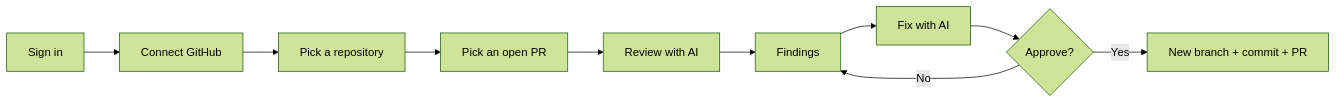
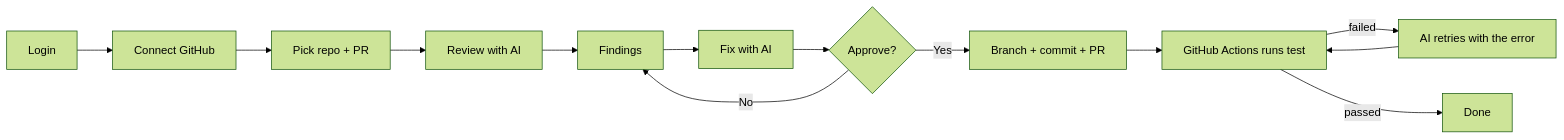
The first of 2 diagrams in README.md (dolishaa29/RepoSage), drawn with Mermaid (forest theme) before and after one commit. The commit also changed other lines of this file and 21 other files, not shown here.

````diff
--- a/README.md
+++ b/README.md
@@ -39,12 +27,9 @@
 ```mermaid
 flowchart LR
-    A[Sign in] --> B[Connect GitHub]
-    B --> C[Pick a repository]
-    C --> D[Pick an open PR]
-    D --> E[Review with AI]
-    E --> F[Findings]
-    F --> G[Fix with AI]
-    G --> H{Approve?}
-    H -- Yes --> I[New branch + commit + PR]
-    H -- No --> F
+    A[Login] --> B[Connect GitHub] --> C[Pick repo + PR] --> D[Review with AI]
+    D --> E[Findings] --> F[Fix with AI] --> G{Approve?}
+    G -- No --> E
+    G -- Yes --> H[Branch + commit + PR] --> I[GitHub Actions runs test]
+    I -- failed --> J[AI retries with the error] --> I
+    I -- passed --> K[Done]
 ```
````
